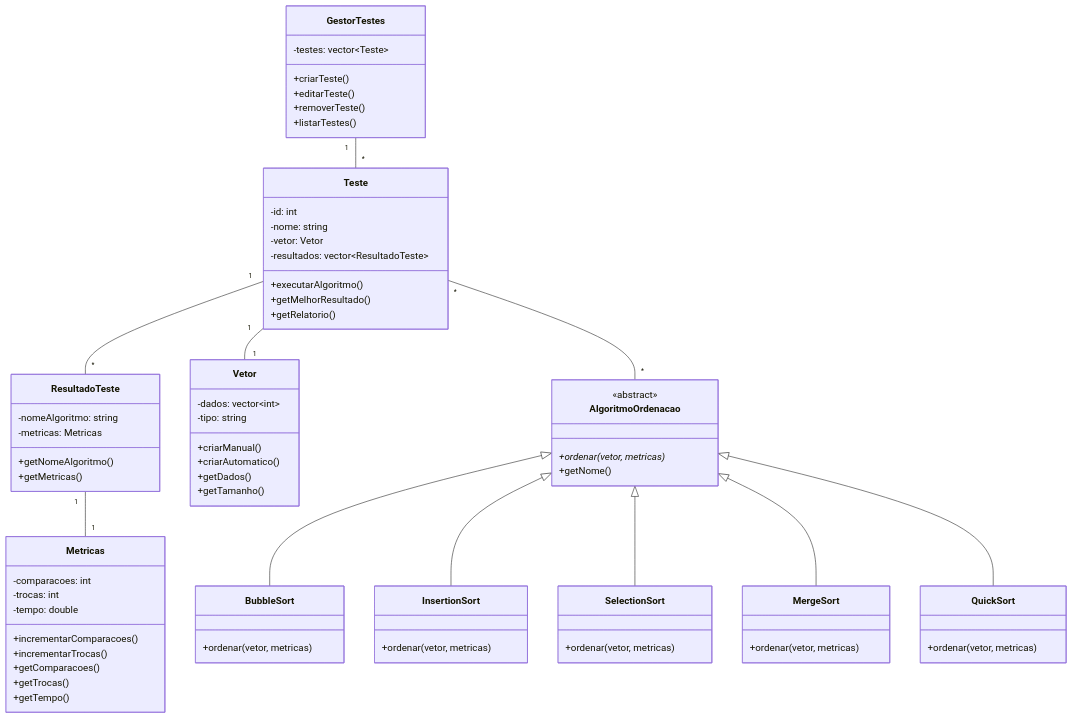
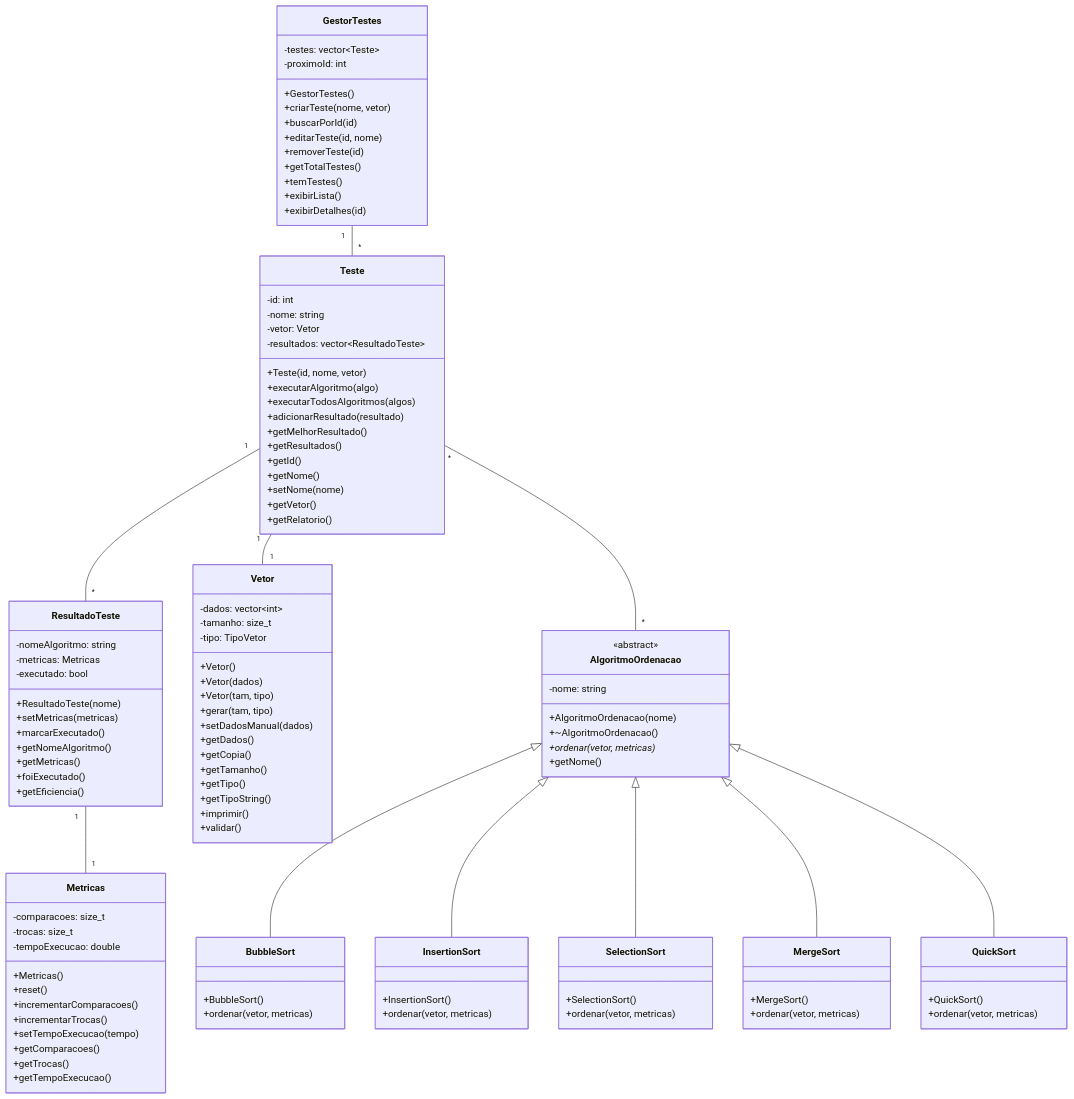
The diagram in diagrama/diagrama.md (fernandanasc/gestor-algoritmos-ordenacao), drawn with Mermaid before and after one commit. The commit also changed other lines of this file and 10 other files, not shown here.

```diff
--- a/diagrama/diagrama.md
+++ b/diagrama/diagrama.md
@@ -9,55 +9,81 @@
 direction TB
     class AlgoritmoOrdenacao {
         <<abstract>>
+        -nome: string
+        +AlgoritmoOrdenacao(nome)
+        +~AlgoritmoOrdenacao()
         +ordenar(vetor, metricas)*
         +getNome()
     }
 
     class BubbleSort {
+        +BubbleSort()
         +ordenar(vetor, metricas)
     }
 
     class InsertionSort {
+        +InsertionSort()
         +ordenar(vetor, metricas)
     }
 
     class SelectionSort {
+        +SelectionSort()
         +ordenar(vetor, metricas)
     }
 
     class MergeSort {
+        +MergeSort()
         +ordenar(vetor, metricas)
     }
 
     class QuickSort {
+        +QuickSort()
         +ordenar(vetor, metricas)
     }
 
     class Vetor {
         -dados: vector~int~
-        -tipo: string
-        +criarManual()
-        +criarAutomatico()
+        -tamanho: size_t
+        -tipo: TipoVetor
+        +Vetor()
+        +Vetor(dados)
+        +Vetor(tam, tipo)
+        +gerar(tam, tipo)
+        +setDadosManual(dados)
         +getDados()
+        +getCopia()
         +getTamanho()
+        +getTipo()
+        +getTipoString()
+        +imprimir()
+        +validar()
     }
 
     class Metricas {
-        -comparacoes: int
-        -trocas: int
-        -tempo: double
+        -comparacoes: size_t
+        -trocas: size_t
+        -tempoExecucao: double
+        +Metricas()
+        +reset()
         +incrementarComparacoes()
         +incrementarTrocas()
+        +setTempoExecucao(tempo)
         +getComparacoes()
         +getTrocas()
-        +getTempo()
+        +getTempoExecucao()
     }
 
     class ResultadoTeste {
         -nomeAlgoritmo: string
         -metricas: Metricas
+        -executado: bool
+        +ResultadoTeste(nome)
+        +setMetricas(metricas)
+        +marcarExecutado()
         +getNomeAlgoritmo()
         +getMetricas()
+        +foiExecutado()
+        +getEficiencia()
     }
 
     class Teste {
@@ -65,17 +91,31 @@
         -nome: string
         -vetor: Vetor
         -resultados: vector~ResultadoTeste~
-        +executarAlgoritmo()
+        +Teste(id, nome, vetor)
+        +executarAlgoritmo(algo)
+        +executarTodosAlgoritmos(algos)
+        +adicionarResultado(resultado)
         +getMelhorResultado()
+        +getResultados()
+        +getId()
+        +getNome()
+        +setNome(nome)
+        +getVetor()
         +getRelatorio()
     }
 
     class GestorTestes {
         -testes: vector~Teste~
-        +criarTeste()
-        +editarTeste()
-        +removerTeste()
-        +listarTestes()
+        -proximoId: int
+        +GestorTestes()
+        +criarTeste(nome, vetor)
+        +buscarPorId(id)
+        +editarTeste(id, nome)
+        +removerTeste(id)
+        +getTotalTestes()
+        +temTestes()
+        +exibirLista()
+        +exibirDetalhes(id)
     }
 
     AlgoritmoOrdenacao <|-- BubbleSort
```
